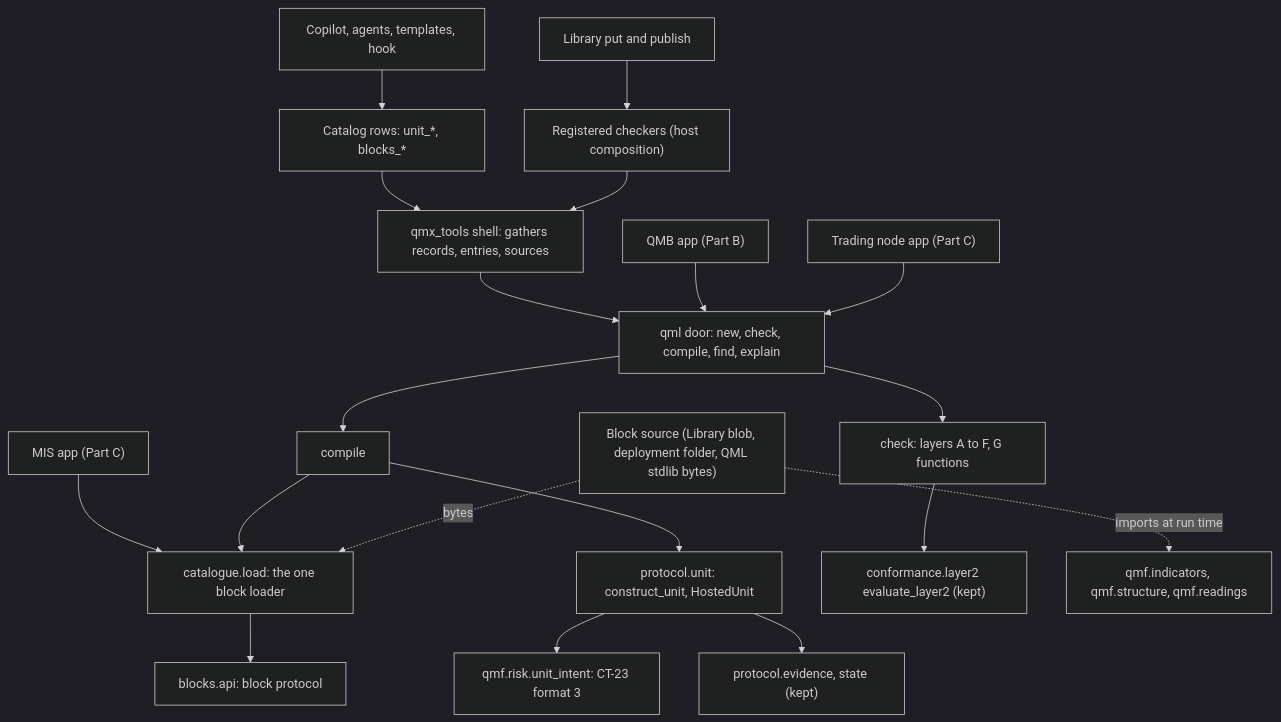
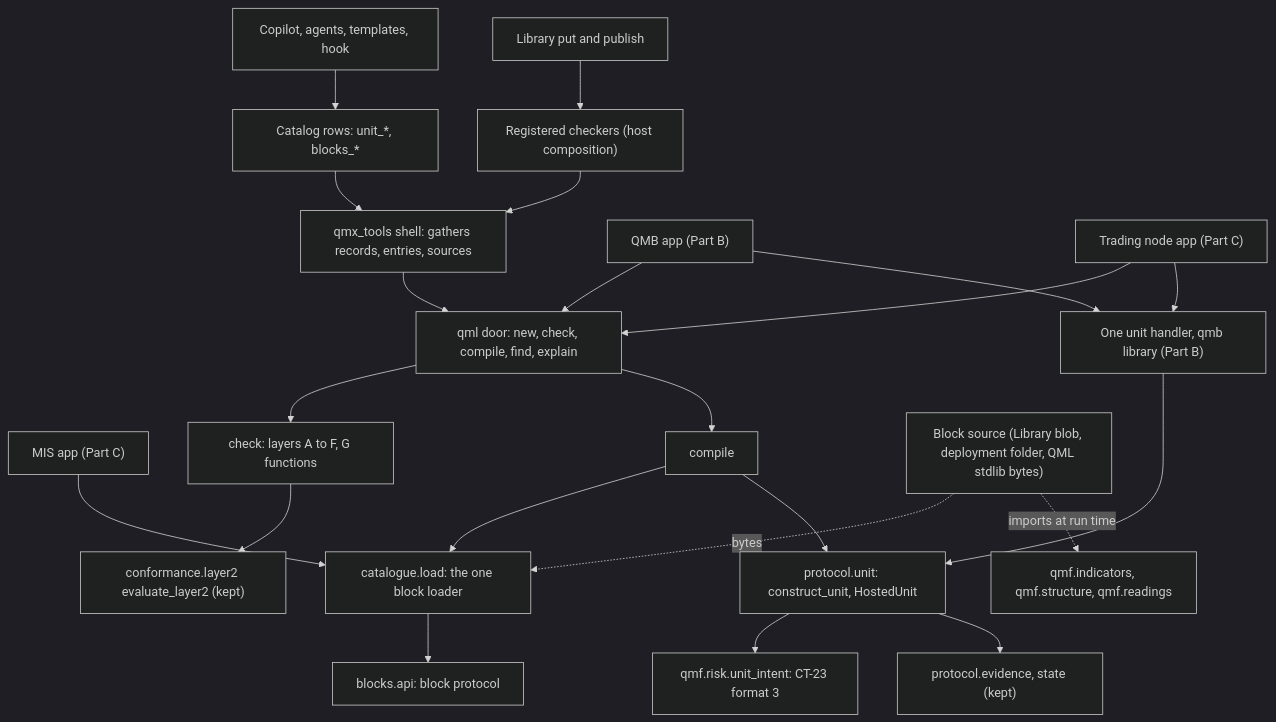
The first of 2 diagrams in tracker/risk-sizing/architecture/parts/A-qml-dictionary-unit/ARCHITECTURE-SPINE.md (mubarakhimself-byte/QMX), drawn with Mermaid (dark theme) before and after one commit. The commit also changed other lines of this file and 15 other files, not shown here.

Commit message:
risk-sizing: R1 fix round, Level 0, connections and part A (shared unit handler, six mini-app core fixes as one table, 21 cases owned, dummy slow rule fixed)

````diff
--- a/tracker/risk-sizing/architecture/parts/A-qml-dictionary-unit/ARCHITECTURE-SPINE.md
+++ b/tracker/risk-sizing/architecture/parts/A-qml-dictionary-unit/ARCHITECTURE-SPINE.md
@@ -103,21 +105,24 @@
 ```mermaid
 flowchart TB
   AGENT["Copilot, agents, templates, hook"] --> ROWS["Catalog rows: unit_*, blocks_*"]
   ROWS --> TOOLS["qmx_tools shell: gathers records, entries, sources"]
   LIBSAVE["Library put and publish"] --> REG["Registered checkers (host composition)"]
   REG --> TOOLS
   TOOLS --> DOOR["qml door: new, check, compile, find, explain"]
   QMBAPP["QMB app (Part B)"] --> DOOR
   NODEAPP["Trading node app (Part C)"] --> DOOR
+  QMBAPP --> UH["One unit handler, qmb library (Part B)"]
+  NODEAPP --> UH
+  UH --> UDOOR
   MISAPP["MIS app (Part C)"] --> LOADER
   DOOR --> CHECK["check: layers A to F, G functions"]
   DOOR --> COMPILE["compile"]
   COMPILE --> LOADER["catalogue.load: the one block loader"]
   COMPILE --> UDOOR["protocol.unit: construct_unit, HostedUnit"]
   UDOOR --> UINTENT["qmf.risk.unit_intent: CT-23 format 3"]
   UDOOR --> EVID["protocol.evidence, state (kept)"]
   CHECK --> CONF["conformance.layer2 evaluate_layer2 (kept)"]
   LOADER --> BLOCKAPI["blocks.api: block protocol"]
   BLOCKSRC["Block source (Library blob, deployment folder, QML stdlib bytes)"] -.->|bytes| LOADER
   BLOCKSRC -.->|imports at run time| QMF["qmf.indicators, qmf.structure, qmf.readings"]
 ```
````
